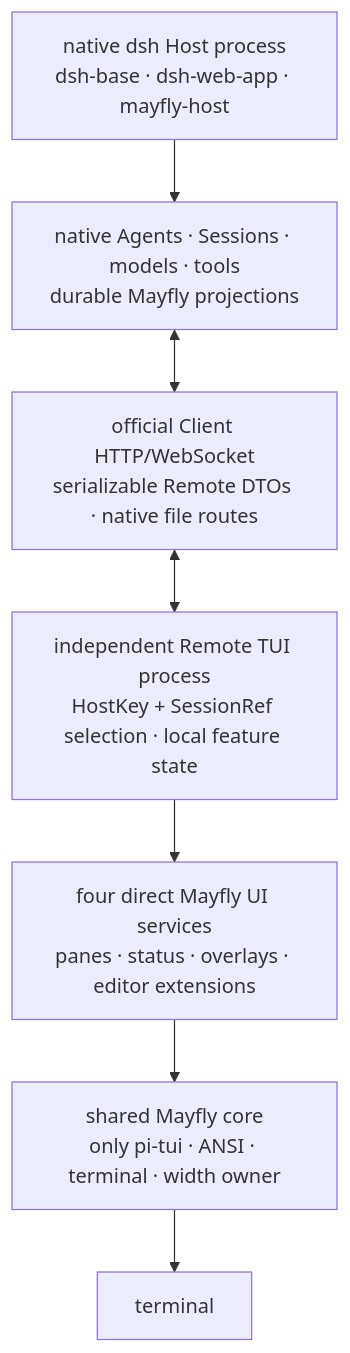
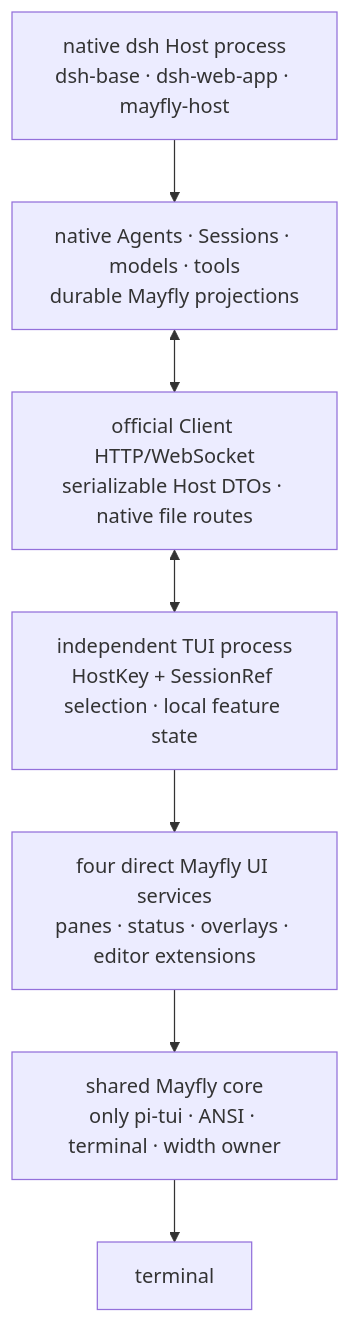
One commit to Ephemeral-AI-Lab/mayfly changed the diagram in README.md. Above: the diagram before and after it, drawn with Mermaid. The commit also changed other lines of this file and 139 other files, not shown here.

````diff
--- a/README.md
+++ b/README.md
@@ -126,17 +125,17 @@
 ```mermaid
 flowchart TB
     HOST["native dsh Host process<br/>dsh-base · dsh-web-app · mayfly-host"]
     STATE["native Agents · Sessions · models · tools<br/>durable Mayfly projections"]
-    WIRE["official Client HTTP/WebSocket<br/>serializable Remote DTOs · native file routes"]
-    REMOTE["independent Remote TUI process<br/>HostKey + SessionRef selection · local feature state"]
+    WIRE["official Client HTTP/WebSocket<br/>serializable Host DTOs · native file routes"]
+    REMOTE["independent TUI process<br/>HostKey + SessionRef selection · local feature state"]
     UI["four direct Mayfly UI services<br/>panes · status · overlays · editor extensions"]
     CORE["shared Mayfly core<br/>only pi-tui · ANSI · terminal · width owner"]
     TERM["terminal"]
 
     HOST --> STATE
     STATE <--> WIRE
     WIRE <--> REMOTE
     REMOTE --> UI
     UI --> CORE
     CORE --> TERM
 ```
````
